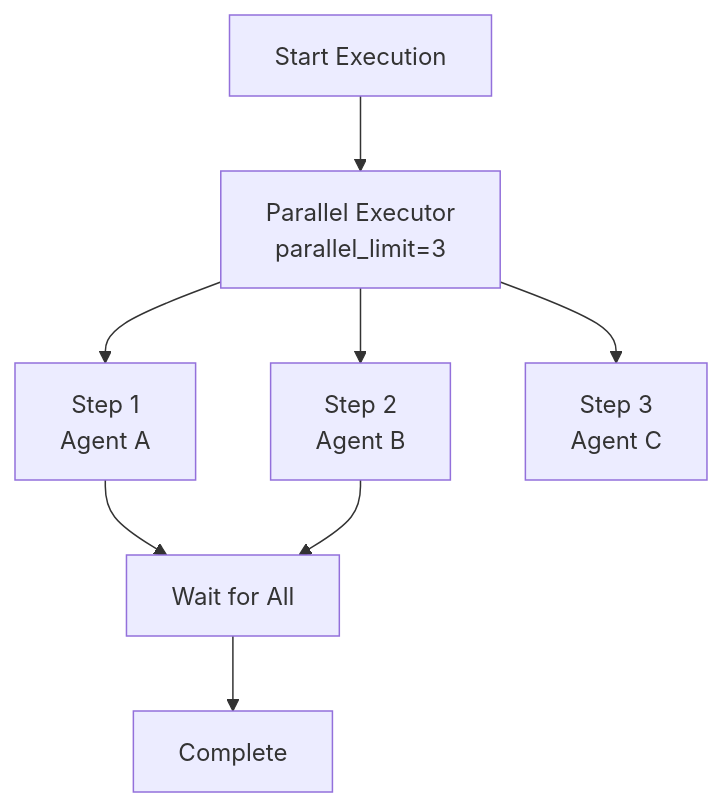
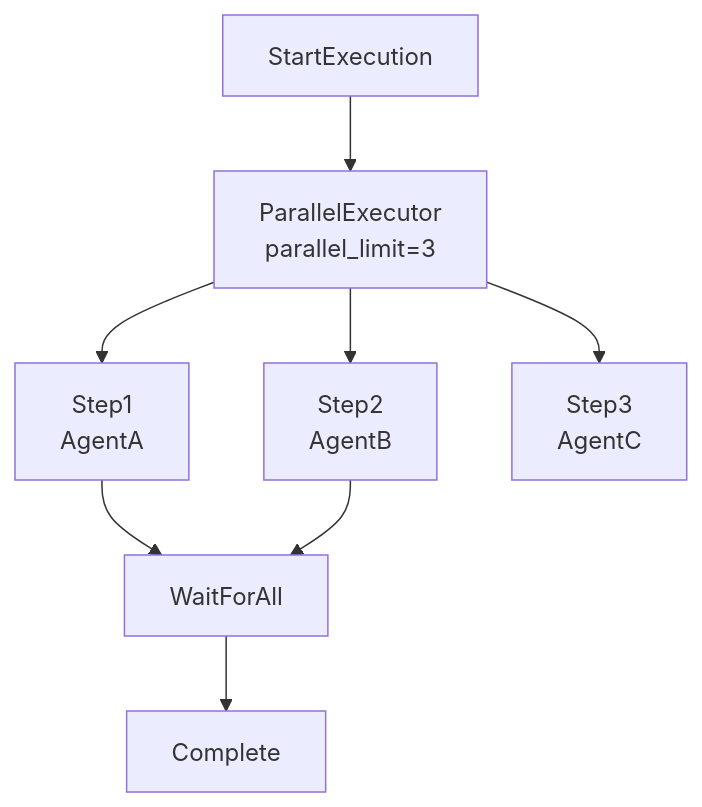
Before and after one commit to AutomatosAI/automatos-ai: the second of 5 diagrams in docs/workflows-recipes/execution-configuration.md, drawn with Mermaid. The commit also changed other lines of this file and 191 other files, not shown here.

````diff
--- a/docs/workflows-recipes/execution-configuration.md
+++ b/docs/workflows-recipes/execution-configuration.md
@@ -74,11 +101,11 @@
 ```mermaid
 graph TB
-    Start["Start Execution"] --> Parallel["Parallel Executor<br/>parallel_limit=3"]
-    Parallel --> Step1["Step 1<br/>Agent A"]
-    Parallel --> Step2["Step 2<br/>Agent B"]
-    Parallel --> Step3["Step 3<br/>Agent C"]
+    Start["StartExecution"] --> Parallel["ParallelExecutor<br/>parallel_limit=3"]
+    Parallel --> Step1["Step1<br/>AgentA"]
+    Parallel --> Step2["Step2<br/>AgentB"]
+    Parallel --> Step3["Step3<br/>AgentC"]
     
-    Step1 --> Sync["Wait for All"]
+    Step1 --> Sync["WaitForAll"]
     Step2 --> Sync
     Sync --> End["Complete"]
 ```
````
